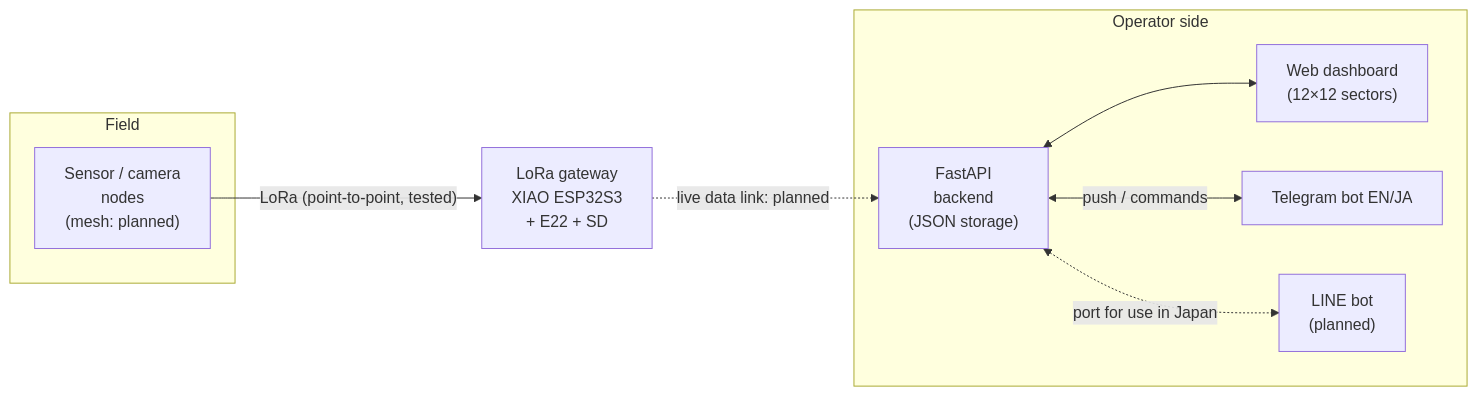
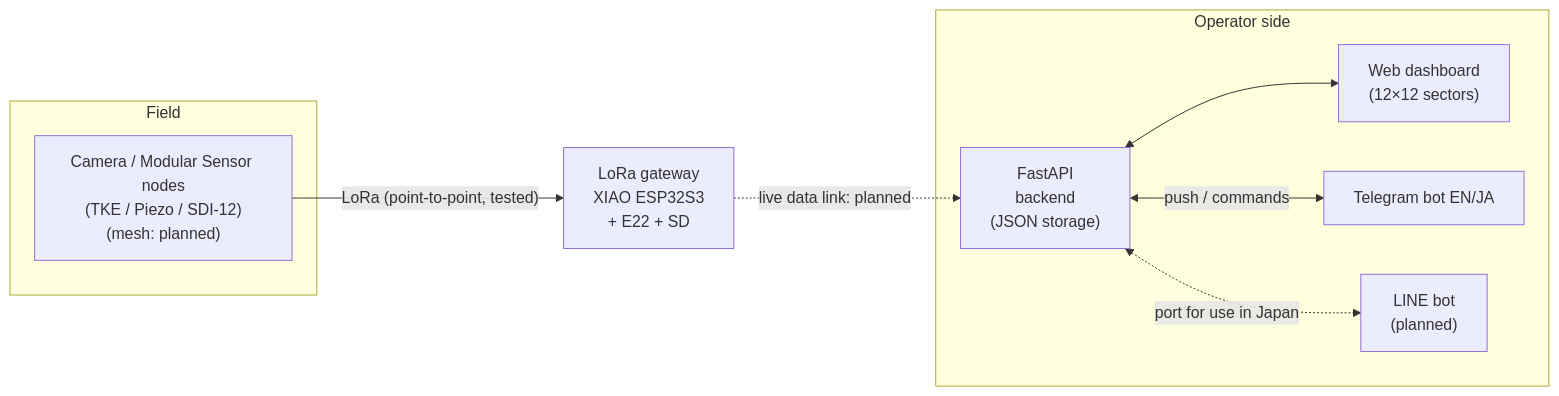
The first of 3 diagrams in README.md (TonyAbramov/terranode), drawn with Mermaid before and after one commit. The commit also changed other lines of this file, not shown here.

````diff
--- a/README.md
+++ b/README.md
@@ -38,18 +36,18 @@
 ```mermaid
 flowchart LR
   subgraph field["Field"]
-    N["Sensor / camera<br/>nodes<br/>(mesh: planned)"]
+    N["Camera / Modular Sensor nodes<br/>(TKE / Piezo / SDI-12)<br/>(mesh: planned)"]
   end
   G["LoRa gateway<br/>XIAO ESP32S3<br/>+ E22 + SD"]
   subgraph op["Operator side"]
     B["FastAPI<br/>backend<br/>(JSON storage)"]
     D["Web dashboard<br/>(12×12 sectors)"]
     T["Telegram bot EN/JA"]
     L["LINE bot<br/>(planned)"]
   end
   N -->|"LoRa (point-to-point, tested)"| G
   G -.->|"live data link: planned"| B
   B <--> D
   B <-->|"push / commands"| T
   B <-.->|"port for use in Japan"| L
 ```
````
